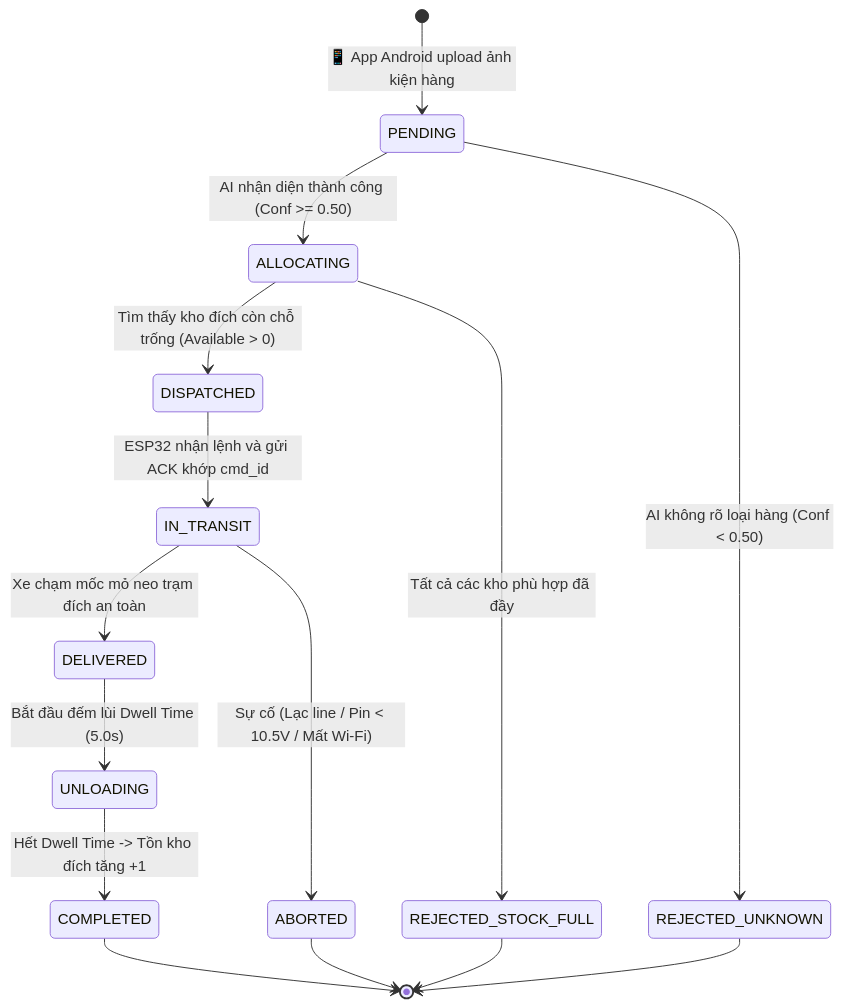
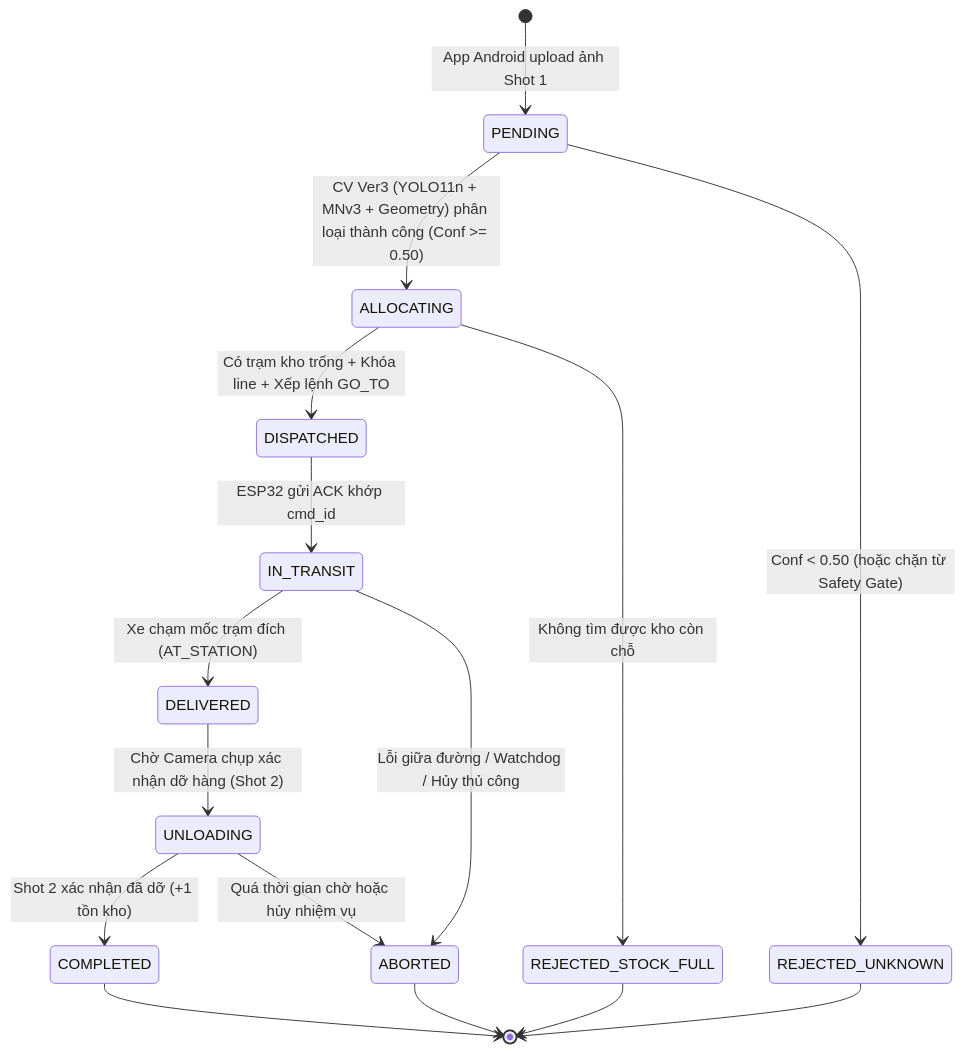
One commit to hngoa/DuAnCongNgheThongTin_AGV_WMS changed the first of 3 diagrams in docs/STATE_MACHINE_SPEC.md. Above: the diagram before and after it, drawn with Mermaid. The commit also changed other lines of this file and 103 other files, not shown here.

````diff
--- a/docs/STATE_MACHINE_SPEC.md
+++ b/docs/STATE_MACHINE_SPEC.md
@@ -30,23 +28,24 @@
 ```mermaid
 stateDiagram-v2
-    [*] --> PENDING : 📱 App Android upload ảnh kiện hàng
+    [*] --> PENDING : App Android upload ảnh Shot 1
     
-    PENDING --> ALLOCATING : AI nhận diện thành công (Conf >= 0.50)
-    PENDING --> REJECTED_UNKNOWN : AI không rõ loại hàng (Conf < 0.50)
+    PENDING --> ALLOCATING : CV Ver3 (YOLO11n + MNv3 + Geometry) phân loại thành công (Conf >= 0.50)
+    PENDING --> REJECTED_UNKNOWN : Conf < 0.50 (hoặc chặn từ Safety Gate)
     
-    ALLOCATING --> DISPATCHED : Tìm thấy kho đích còn chỗ trống (Available > 0)
-    ALLOCATING --> REJECTED_STOCK_FULL : Tất cả các kho phù hợp đã đầy
+    ALLOCATING --> DISPATCHED : Có trạm kho trống + Khóa line + Xếp lệnh GO_TO
+    ALLOCATING --> REJECTED_STOCK_FULL : Không tìm được kho còn chỗ
     
-    DISPATCHED --> IN_TRANSIT : ESP32 nhận lệnh và gửi ACK khớp cmd_id
+    DISPATCHED --> IN_TRANSIT : ESP32 gửi ACK khớp cmd_id
     
-    IN_TRANSIT --> DELIVERED : Xe chạm mốc mỏ neo trạm đích an toàn
-    IN_TRANSIT --> ABORTED : Sự cố (Lạc line / Pin < 10.5V / Mất Wi-Fi)
+    IN_TRANSIT --> DELIVERED : Xe chạm mốc trạm đích (AT_STATION)
+    IN_TRANSIT --> ABORTED : Lỗi giữa đường / Watchdog / Hủy thủ công
     
-    DELIVERED --> UNLOADING : Bắt đầu đếm lùi Dwell Time (5.0s)
-    UNLOADING --> COMPLETED : Hết Dwell Time -> Tồn kho đích tăng +1
+    DELIVERED --> UNLOADING : Chờ Camera chụp xác nhận dỡ hàng (Shot 2)
+    UNLOADING --> COMPLETED : Shot 2 xác nhận đã dỡ (+1 tồn kho)
+    UNLOADING --> ABORTED : Quá thời gian chờ hoặc hủy nhiệm vụ
     
     COMPLETED --> [*]
     REJECTED_UNKNOWN --> [*]
     REJECTED_STOCK_FULL --> [*]
     ABORTED --> [*]
 ```
````
